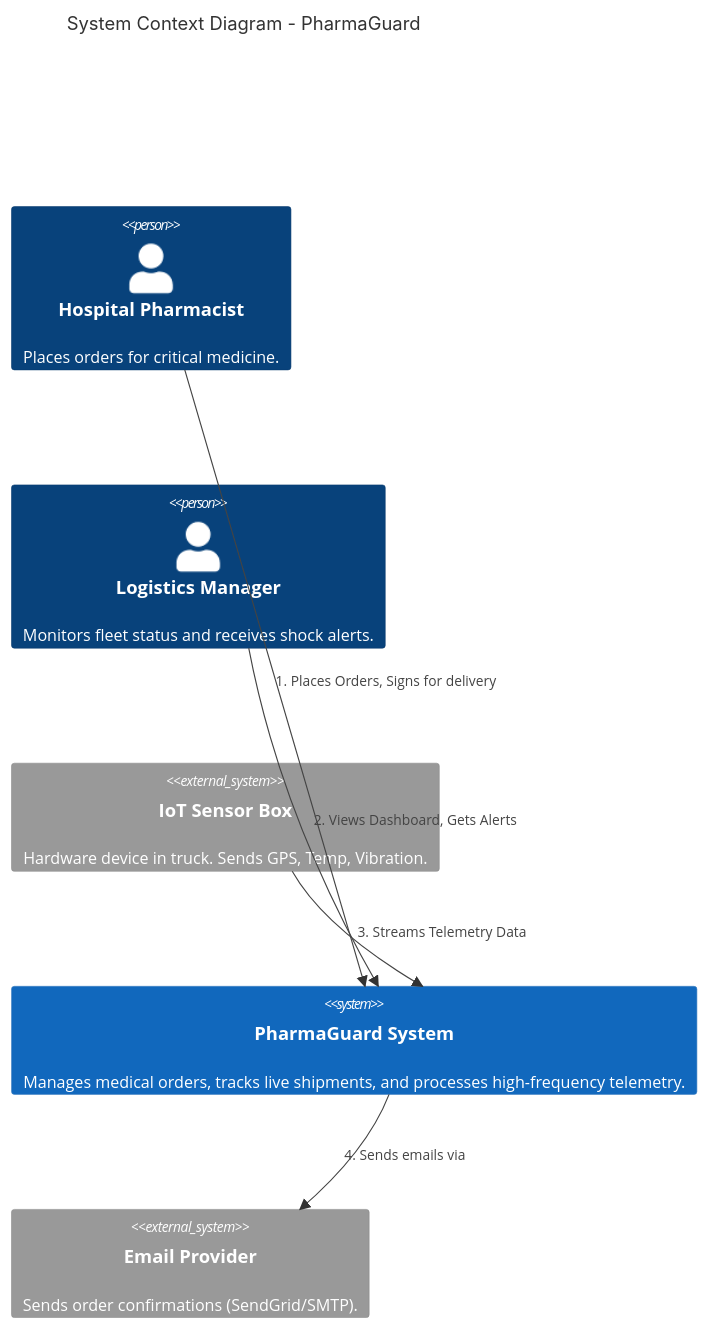
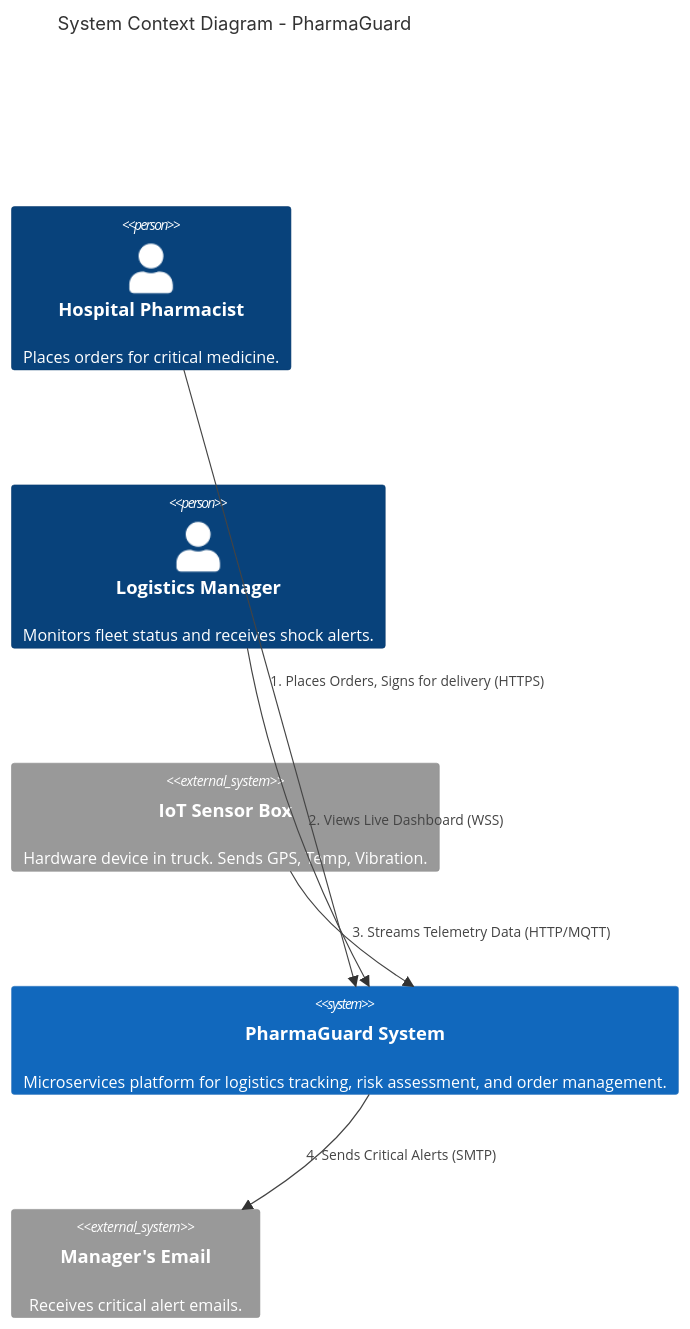
The first of 4 diagrams in documentation/c4.md (923-Iliesi-Catrinel/SOA), drawn with Mermaid before and after one commit. The commit also changed other lines of this file, not shown here.

````diff
--- a/documentation/c4.md
+++ b/documentation/c4.md
@@ -7,21 +5,21 @@
 ```mermaid
 C4Context
     title System Context Diagram - PharmaGuard
 
     %% Actors
     Person(pharmacist, "Hospital Pharmacist", "Places orders for critical medicine.")
     Person(manager, "Logistics Manager", "Monitors fleet status and receives shock alerts.")
     System_Ext(truck_sensor, "IoT Sensor Box", "Hardware device in truck. Sends GPS, Temp, Vibration.")
 
     %% The Main System
-    System(pharmaguard, "PharmaGuard System", "Manages medical orders, tracks live shipments, and processes high-frequency telemetry.")
+    System(pharmaguard, "PharmaGuard System", "Microservices platform for logistics tracking, risk assessment, and order management.")
 
     %% External Systems
-    System_Ext(email_system, "Email Provider", "Sends order confirmations (SendGrid/SMTP).")
+    System_Ext(email_client, "Manager's Email", "Receives critical alert emails.")
 
     %% Relationships
-    Rel(pharmacist, pharmaguard, "1. Places Orders, Signs for delivery")
-    Rel(manager, pharmaguard, "2. Views Dashboard, Gets Alerts")
-    Rel(truck_sensor, pharmaguard, "3. Streams Telemetry Data")
-    Rel(pharmaguard, email_system, "4. Sends emails via")
+    Rel(pharmacist, pharmaguard, "1. Places Orders, Signs for delivery (HTTPS)")
+    Rel(manager, pharmaguard, "2. Views Live Dashboard (WSS)")
+    Rel(truck_sensor, pharmaguard, "3. Streams Telemetry Data (HTTP/MQTT)")
+    Rel(pharmaguard, email_client, "4. Sends Critical Alerts (SMTP)")
 ```
````
